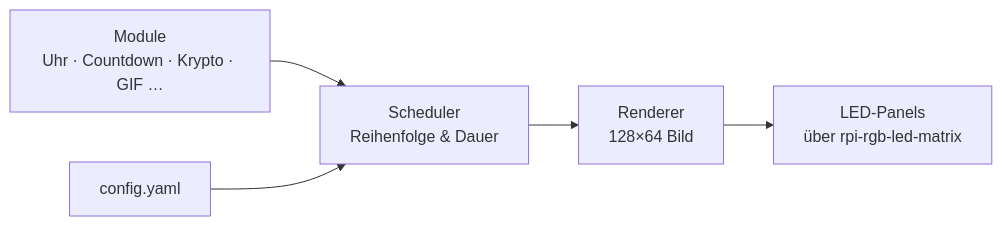
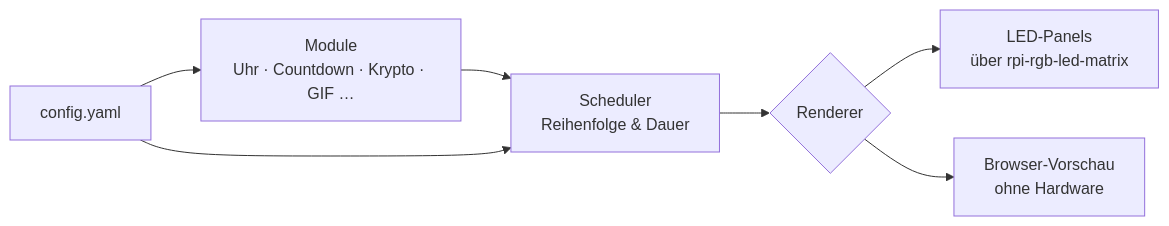
The diagram in docs/README.de.md (gerry-git-ops/Waveshare-P2.5-LED-Matrix), drawn with Mermaid before and after one commit. The commit also changed other lines of this file and 4 other files, not shown here.

````diff
--- a/docs/README.de.md
+++ b/docs/README.de.md
@@ -26,7 +31,9 @@
 ```mermaid
 flowchart LR
     A[Module<br/>Uhr · Countdown · Krypto · GIF …] --> B[Scheduler<br/>Reihenfolge & Dauer]
-    B --> C[Renderer<br/>128×64 Bild]
+    E[config.yaml] --> A
+    E --> B
+    B --> C{Renderer}
     C --> D[LED-Panels<br/>über rpi-rgb-led-matrix]
-    E[config.yaml] --> B
+    C --> F[Browser-Vorschau<br/>ohne Hardware]
 ```
````
